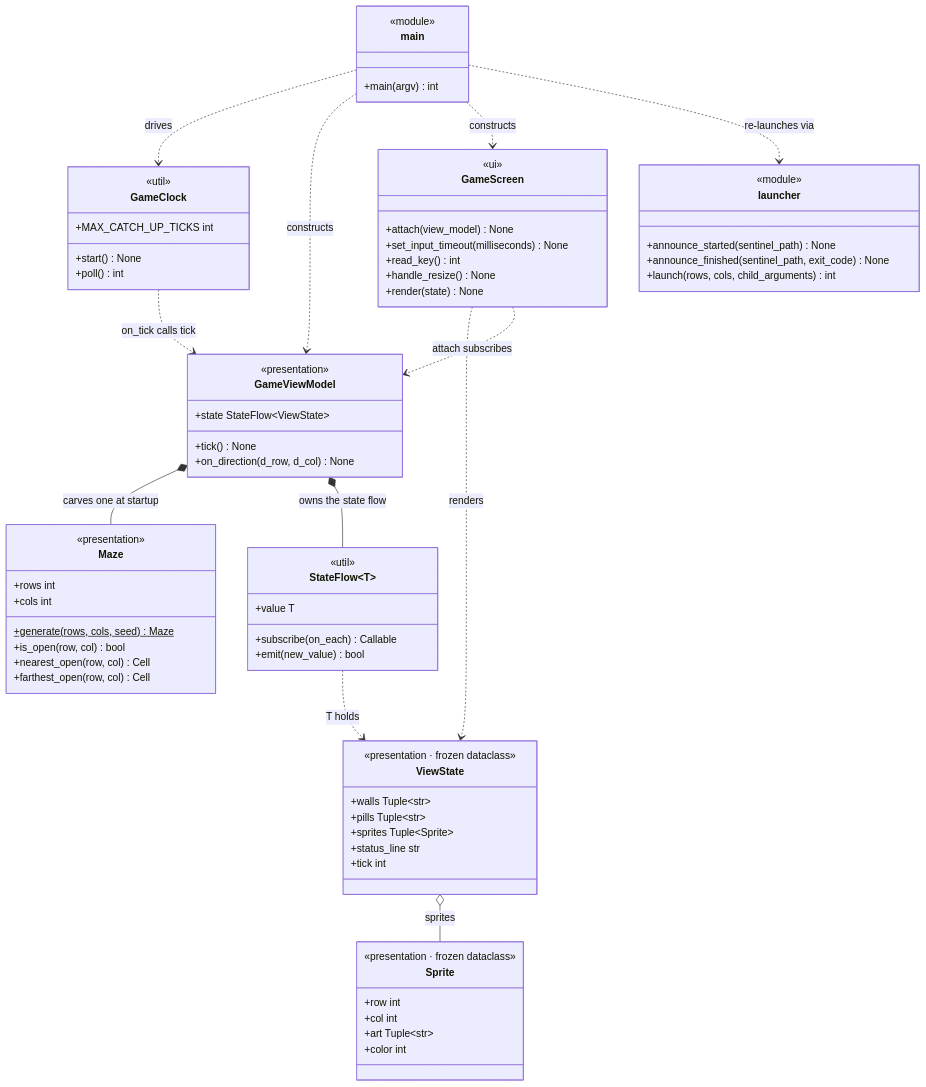
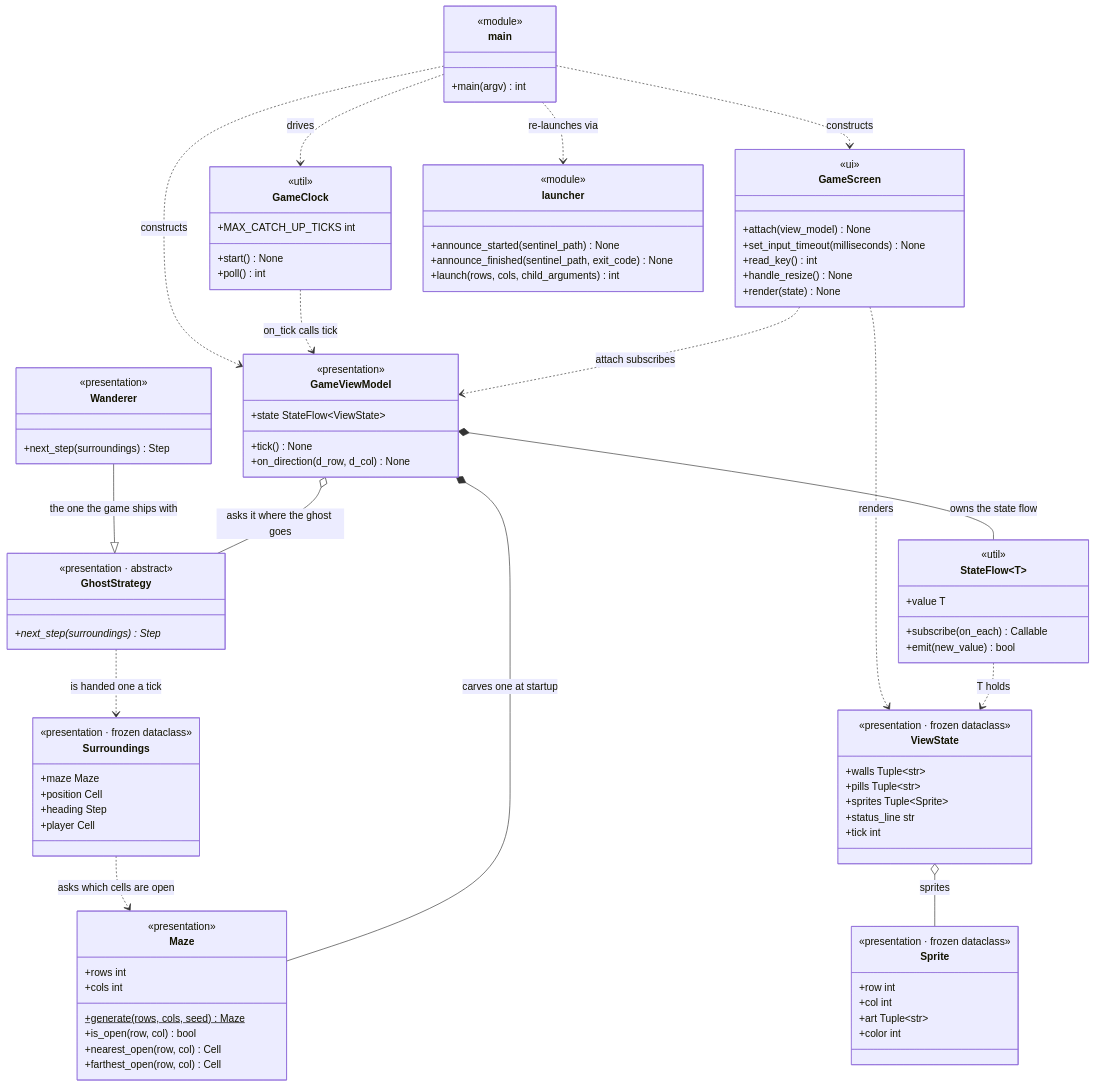
The diagram in docs/CLASS_OVERVIEW.md (replicant1/TerminalGame), drawn with Mermaid before and after one commit. The commit also changed other lines of this file and 16 other files, not shown here.

```diff
--- a/docs/CLASS_OVERVIEW.md
+++ b/docs/CLASS_OVERVIEW.md
@@ -64,6 +64,24 @@
         +state StateFlow~ViewState~
         +tick() None
         +on_direction(d_row, d_col) None
+    }
+
+    class GhostStrategy {
+        <<presentation · abstract>>
+        +next_step(surroundings)* Step
+    }
+
+    class Wanderer {
+        <<presentation>>
+        +next_step(surroundings) Step
+    }
+
+    class Surroundings {
+        <<presentation · frozen dataclass>>
+        +maze Maze
+        +position Cell
+        +heading Step
+        +player Cell
     }
 
     class Sprite {
@@ -120,6 +138,10 @@
 
     GameViewModel *-- Maze : carves one at startup
     GameViewModel *-- StateFlow : owns the state flow
+    GameViewModel o-- GhostStrategy : asks it where the ghost goes
+    Wanderer --|> GhostStrategy : the one the game ships with
+    GhostStrategy ..> Surroundings : is handed one a tick
+    Surroundings ..> Maze : asks which cells are open
     StateFlow ..> ViewState : T holds
     ViewState o-- Sprite : sprites
     GameScreen ..> ViewState : renders
```
